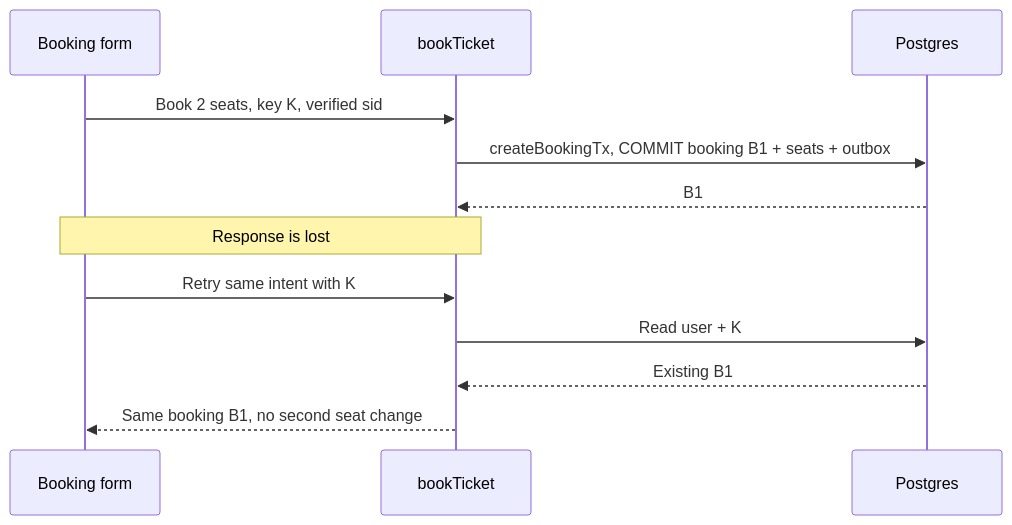
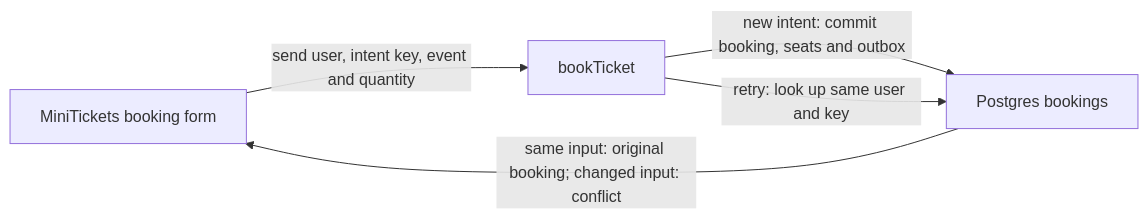
One commit to maheshnd/minitickets changed the diagram in docs/handbook/concepts/idempotency.md. Above: the diagram before and after it, drawn with Mermaid. The commit also changed other lines of this file and 39 other files, not shown here.

````diff
--- a/docs/handbook/concepts/idempotency.md
+++ b/docs/handbook/concepts/idempotency.md
@@ -29,14 +19,7 @@
 ```mermaid
-sequenceDiagram
-    participant B as Booking form
-    participant A as bookTicket
-    participant P as Postgres
-    B->>A: Book 2 seats, key K, verified sid
-    A->>P: createBookingTx, COMMIT booking B1 + seats + outbox
-    P-->>A: B1
-    Note over B,A: Response is lost
-    B->>A: Retry same intent with K
-    A->>P: Read user + K
-    P-->>A: Existing B1
-    A-->>B: Same booking B1, no second seat change
+flowchart LR
+    B["MiniTickets booking form"] -->|"send user, intent key, event and quantity"| A["bookTicket"]
+    A -->|"new intent: commit booking, seats and outbox"| P["Postgres bookings"]
+    A -->|"retry: look up same user and key"| P
+    P -->|"same input: original booking; changed input: conflict"| B
 ```
````
